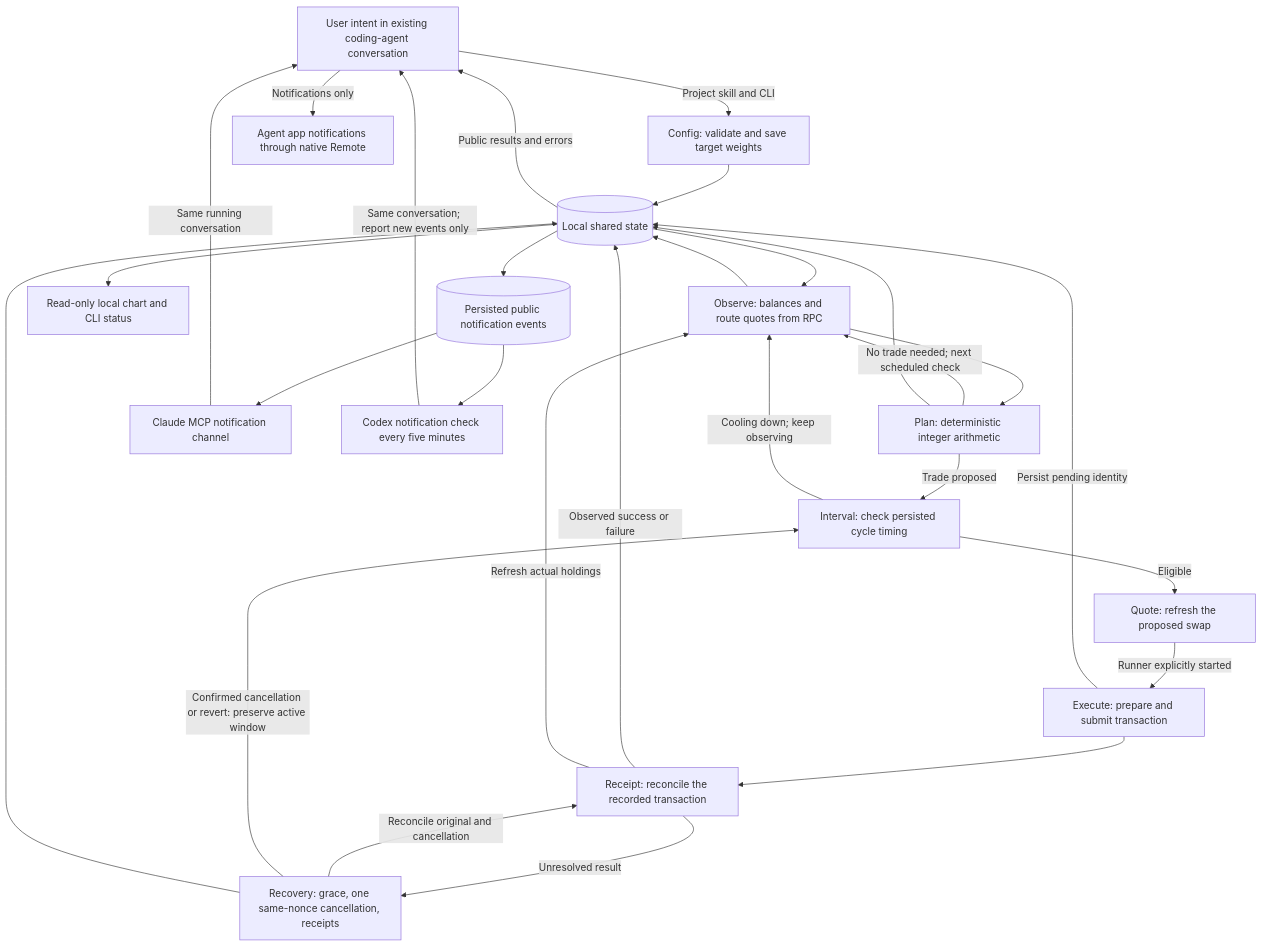
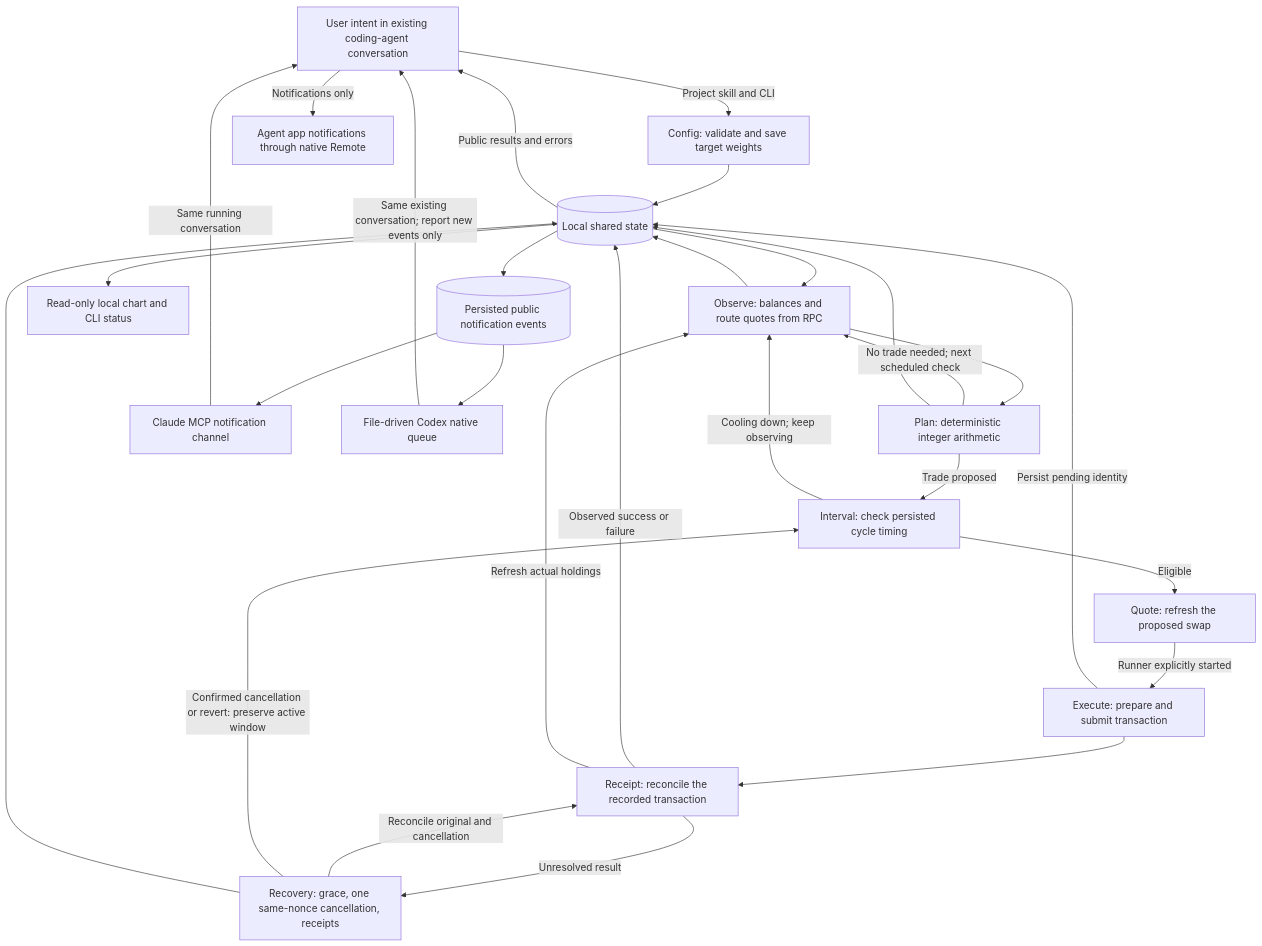
One commit to A1igator/rebalance changed the diagram in docs/AGENT_GRAPH.md. Above: the diagram before and after it, drawn with Mermaid. The commit also changed other lines of this file and 26 other files, not shown here.

````diff
--- a/docs/AGENT_GRAPH.md
+++ b/docs/AGENT_GRAPH.md
@@ -7,46 +7,46 @@
 ```mermaid
 flowchart TD
   intent[User intent in existing coding-agent conversation]
   config[Config: validate and save target weights]
   observe[Observe: balances and route quotes from RPC]
   plan[Plan: deterministic integer arithmetic]
   interval[Interval: check persisted cycle timing]
   quote[Quote: refresh the proposed swap]
   execute[Execute: prepare and submit transaction]
   receipt[Receipt: reconcile the recorded transaction]
   recovery[Recovery: grace, one same-nonce cancellation, receipts]
   state[(Local shared state)]
   chart[Read-only local chart and CLI status]
   events[(Persisted public notification events)]
   channel[Claude MCP notification channel]
-  heartbeat[Codex notification check every five minutes]
+  codexQueue[File-driven Codex native queue]
   push[Agent app notifications through native Remote]
 
   intent -->|Project skill and CLI| config
   config --> state
   state --> observe
   observe --> plan
   plan -->|No trade needed; next scheduled check| observe
   plan -->|Trade proposed| interval
   interval -->|Cooling down; keep observing| observe
   interval -->|Eligible| quote
   quote -->|Runner explicitly started| execute
   execute -->|Persist pending identity| state
   execute --> receipt
   receipt -->|Observed success or failure| state
   receipt -->|Refresh actual holdings| observe
   receipt -->|Unresolved result| recovery
   recovery -->|Reconcile original and cancellation| receipt
   recovery -->|Confirmed cancellation or revert: preserve active window| interval
   recovery --> state
   observe --> state
   plan --> state
   state --> chart
   state -->|Public results and errors| intent
   state --> events
   events --> channel
-  events --> heartbeat
+  events --> codexQueue
   channel -->|Same running conversation| intent
-  heartbeat -->|Same conversation; report new events only| intent
+  codexQueue -->|Same existing conversation; report new events only| intent
   intent -->|Notifications only| push
 ```
````
